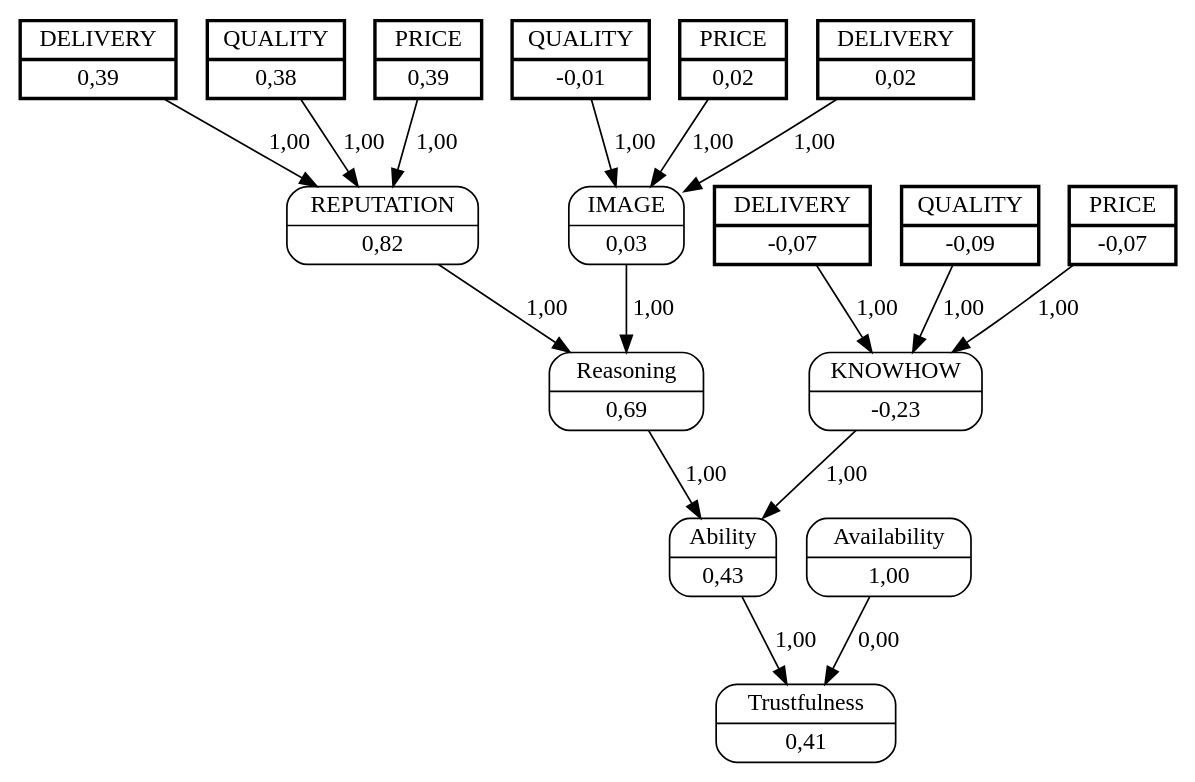
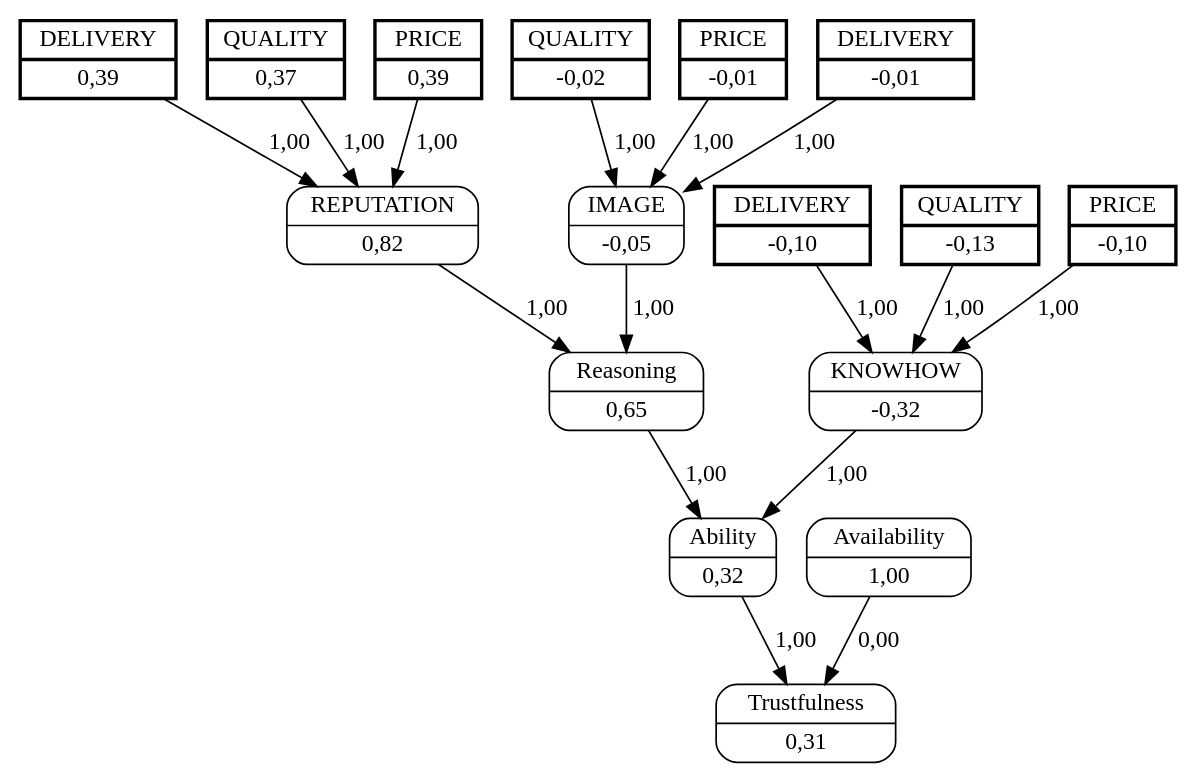
The diagram in unload_boxes/dots/buyerE5sellerC8.dot (jjbaqueta/unload_experiment), drawn with Graphviz before and after one commit. The commit also changed 97 other files, not shown here.

```diff
--- a/unload_boxes/dots/buyerE5sellerC8.dot
+++ b/unload_boxes/dots/buyerE5sellerC8.dot
@@ -1,39 +1,39 @@
 digraph FCM_net{
 	node [shape=record, style=rounded]
-	7 [label="{QUALITY | -0,01}", style=bold, penwidth=2, peripheries=2];
-	8 [label="{PRICE | 0,02}", style=bold, penwidth=2, peripheries=2];
-	9 [label="{DELIVERY | 0,02}", style=bold, penwidth=2, peripheries=2];
-	10 [label="{QUALITY | 0,38}", style=bold, penwidth=2, peripheries=2];
+	7 [label="{QUALITY | -0,02}", style=bold, penwidth=2, peripheries=2];
+	8 [label="{PRICE | -0,01}", style=bold, penwidth=2, peripheries=2];
+	9 [label="{DELIVERY | -0,01}", style=bold, penwidth=2, peripheries=2];
+	10 [label="{QUALITY | 0,37}", style=bold, penwidth=2, peripheries=2];
 	11 [label="{PRICE | 0,39}", style=bold, penwidth=2, peripheries=2];
 	12 [label="{DELIVERY | 0,39}", style=bold, penwidth=2, peripheries=2];
-	13 [label="{QUALITY | -0,09}", style=bold, penwidth=2, peripheries=2];
-	14 [label="{PRICE | -0,07}", style=bold, penwidth=2, peripheries=2];
-	15 [label="{DELIVERY | -0,07}", style=bold, penwidth=2, peripheries=2];
-	0 [label="{IMAGE | 0,03}"];
+	13 [label="{QUALITY | -0,13}", style=bold, penwidth=2, peripheries=2];
+	14 [label="{PRICE | -0,10}", style=bold, penwidth=2, peripheries=2];
+	15 [label="{DELIVERY | -0,10}", style=bold, penwidth=2, peripheries=2];
+	0 [label="{IMAGE | -0,05}"];
 	1 [label="{REPUTATION | 0,82}"];
-	2 [label="{KNOWHOW | -0,23}"];
-	3 [label="{Reasoning | 0,69}"];
-	4 [label="{Ability | 0,43}"];
+	2 [label="{KNOWHOW | -0,32}"];
+	3 [label="{Reasoning | 0,65}"];
+	4 [label="{Ability | 0,32}"];
 	5 [label="{Availability | 1,00}"];
-	6 [label="{Trustfulness | 0,41}"];
-	7 [label="{QUALITY | -0,01}"];
-	8 [label="{PRICE | 0,02}"];
-	9 [label="{DELIVERY | 0,02}"];
+	6 [label="{Trustfulness | 0,31}"];
+	7 [label="{QUALITY | -0,02}"];
+	8 [label="{PRICE | -0,01}"];
+	9 [label="{DELIVERY | -0,01}"];
 	11 [label="{PRICE | 0,39}"];
-	13 [label="{QUALITY | -0,09}"];
+	13 [label="{QUALITY | -0,13}"];
 	0 -> 3 [label = "1,00"];
 	1 -> 3 [label = "1,00"];
 	3 -> 4 [label = "1,00"];
 	2 -> 4 [label = "1,00"];
 	4 -> 6 [label = "1,00"];
 	5 -> 6 [label = "0,00"];
 	7 -> 0 [label = "1,00"];
 	8 -> 0 [label = "1,00"];
 	9 -> 0 [label = "1,00"];
 	10 -> 1 [label = "1,00"];
 	11 -> 1 [label = "1,00"];
 	12 -> 1 [label = "1,00"];
 	13 -> 2 [label = "1,00"];
 	14 -> 2 [label = "1,00"];
 	15 -> 2 [label = "1,00"];
 }
```
